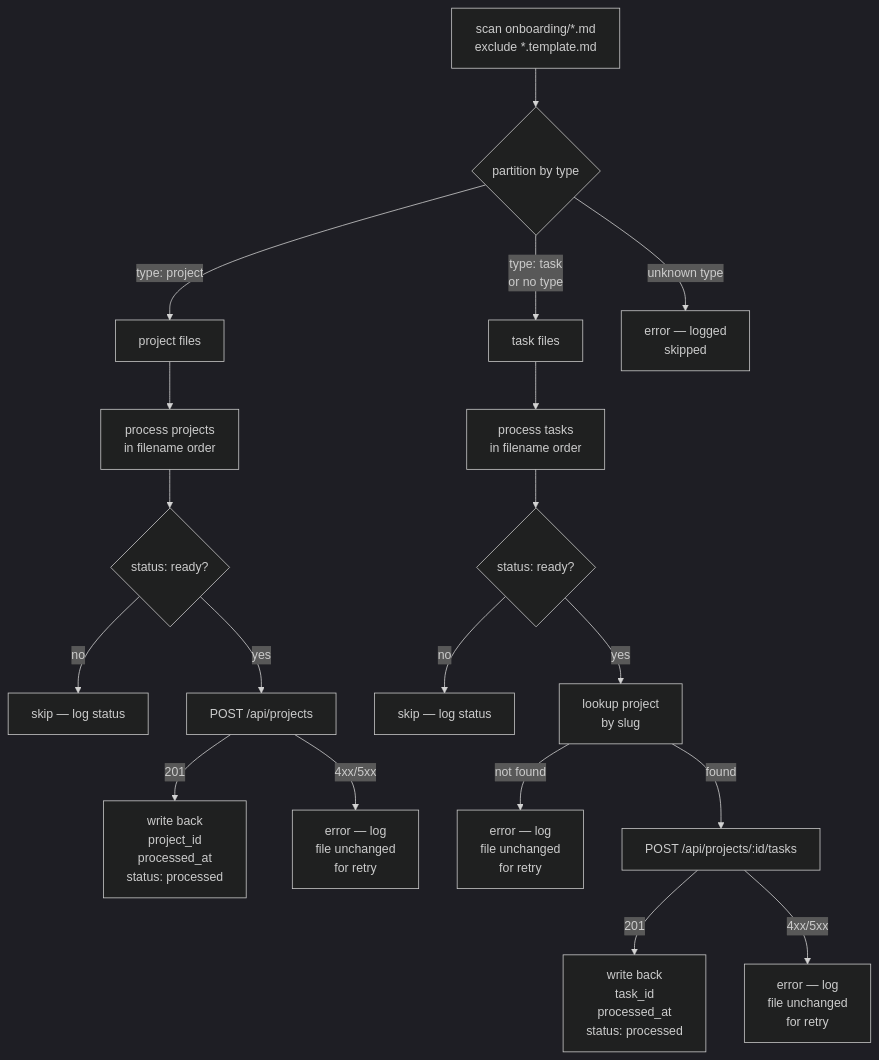
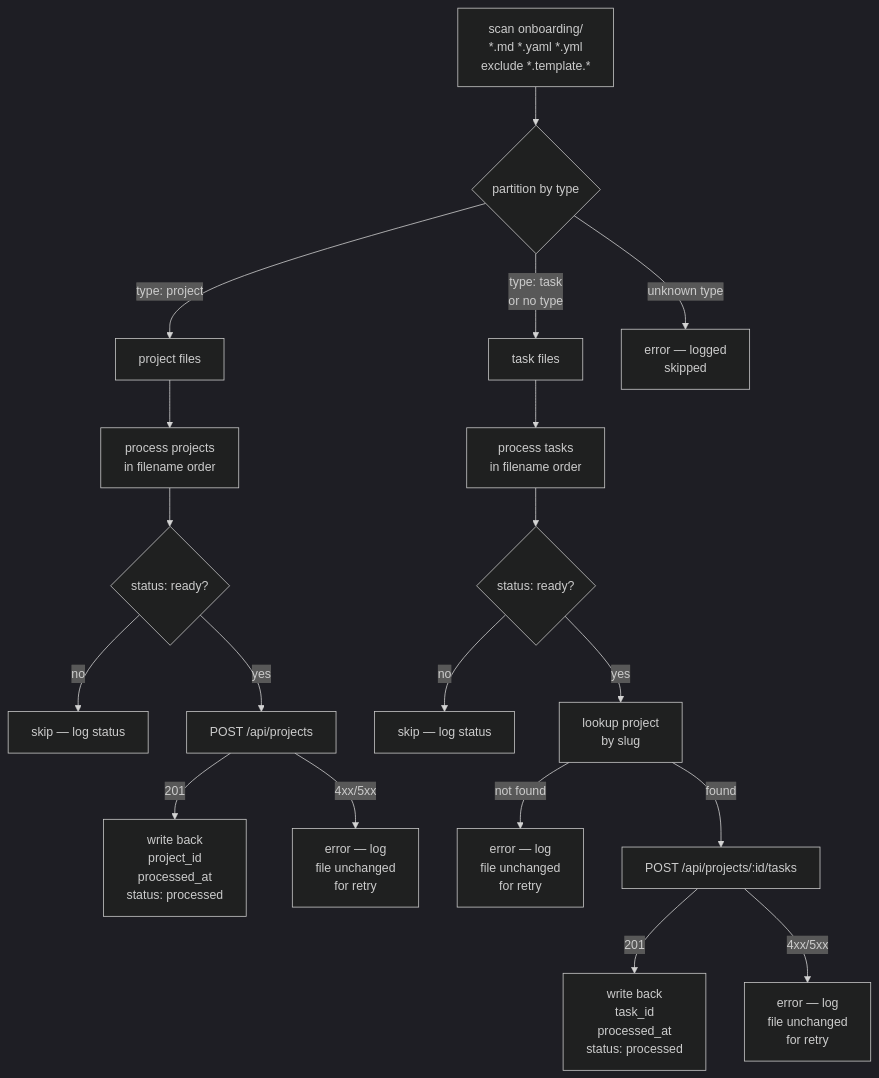
One commit to awesomejt/agent-workbench changed the second of 4 diagrams in docs/Onboarding.md. Above: the diagram before and after it, drawn with Mermaid (dark theme). The commit also changed other lines of this file and 4 other files, not shown here.

````diff
--- a/docs/Onboarding.md
+++ b/docs/Onboarding.md
@@ -117,23 +163,23 @@
 ```mermaid
 flowchart TD
-    A[scan onboarding/*.md\nexclude *.template.md] --> B{partition by type}
+    A[scan onboarding/\n*.md *.yaml *.yml\nexclude *.template.*] --> B{partition by type}
     B -->|type: project| C[project files]
     B -->|type: task\nor no type| D[task files]
     B -->|unknown type| E[error — logged\nskipped]
 
     C --> F[process projects\nin filename order]
     F --> G{status: ready?}
     G -->|no| H[skip — log status]
     G -->|yes| I[POST /api/projects]
     I -->|201| J[write back\nproject_id\nprocessed_at\nstatus: processed]
     I -->|4xx/5xx| K[error — log\nfile unchanged\nfor retry]
 
     D --> L[process tasks\nin filename order]
     L --> M{status: ready?}
     M -->|no| N[skip — log status]
     M -->|yes| O[lookup project\nby slug]
     O -->|not found| P[error — log\nfile unchanged\nfor retry]
     O -->|found| Q[POST /api/projects/:id/tasks]
     Q -->|201| R[write back\ntask_id\nprocessed_at\nstatus: processed]
     Q -->|4xx/5xx| S[error — log\nfile unchanged\nfor retry]
 ```
````
